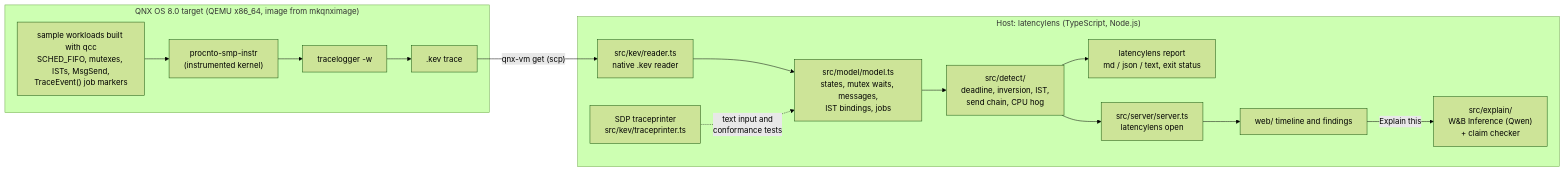
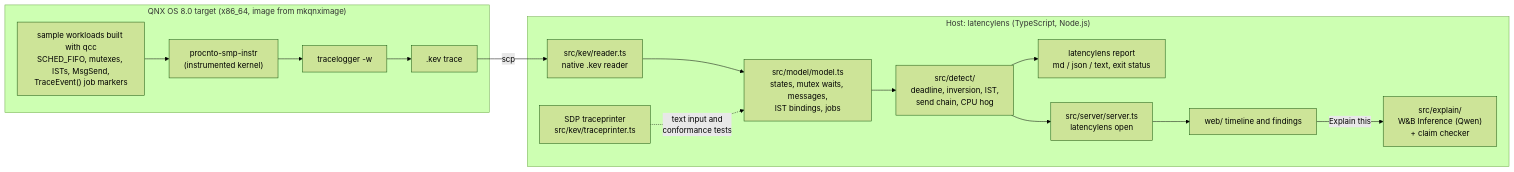
Before and after one commit to chinesepowered/hack-qnx-latencylens: the diagram in README.md, drawn with Mermaid (forest theme). The commit also changed other lines of this file and 1 other file, not shown here.

Commit message:
README for judges: summary, problem and solution, QNX technology table, a section per technology, architecture

````diff
--- a/README.md
+++ b/README.md
@@ -120,18 +159,18 @@
 ```mermaid
 flowchart LR
-  subgraph target["QNX OS 8.0 target (QEMU x86_64, image from mkqnximage)"]
+  subgraph target["QNX OS 8.0 target (x86_64, image from mkqnximage)"]
     W["sample workloads built with qcc<br/>SCHED_FIFO, mutexes, ISTs, MsgSend,<br/>TraceEvent() job markers"] --> K["procnto-smp-instr<br/>(instrumented kernel)"]
     K --> TL["tracelogger -w"]
     TL --> KEV[".kev trace"]
   end
   subgraph host["Host: latencylens (TypeScript, Node.js)"]
     R["src/kev/reader.ts<br/>native .kev reader"] --> M["src/model/model.ts<br/>states, mutex waits, messages,<br/>IST bindings, jobs"]
     TP["SDP traceprinter<br/>src/kev/traceprinter.ts"] -.->|"text input and<br/>conformance tests"| M
     M --> D["src/detect/<br/>deadline, inversion, IST,<br/>send chain, CPU hog"]
     D --> REP["latencylens report<br/>md / json / text, exit status"]
     D --> SRV["src/server/server.ts<br/>latencylens open"]
     SRV --> UI["web/ timeline and findings"]
     UI -->|"Explain this"| X["src/explain/<br/>W&B Inference (Qwen)<br/>+ claim checker"]
   end
-  KEV -->|"qnx-vm get (scp)"| R
+  KEV -->|"scp"| R
 ```
````
